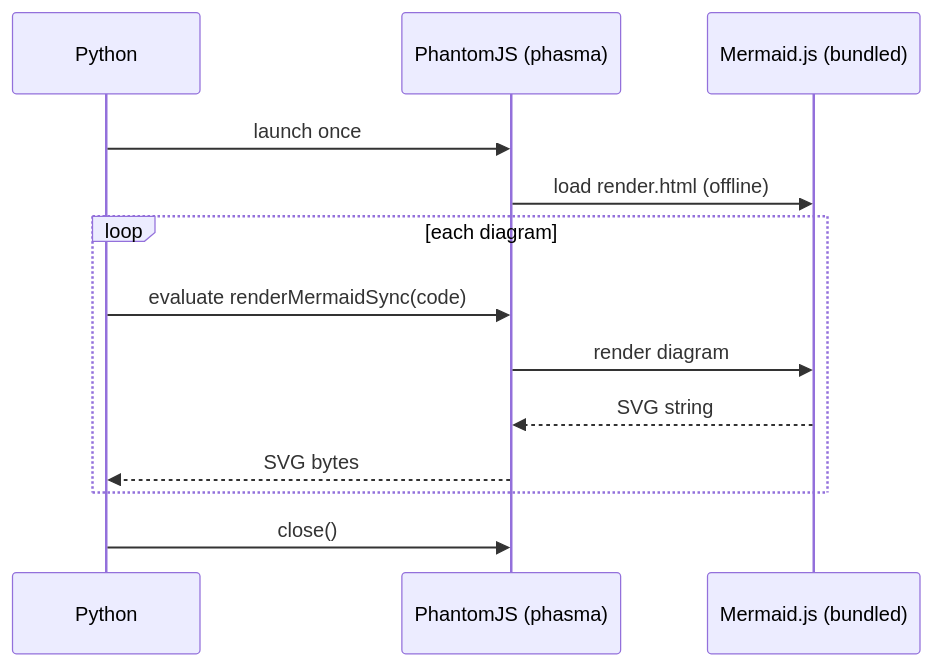
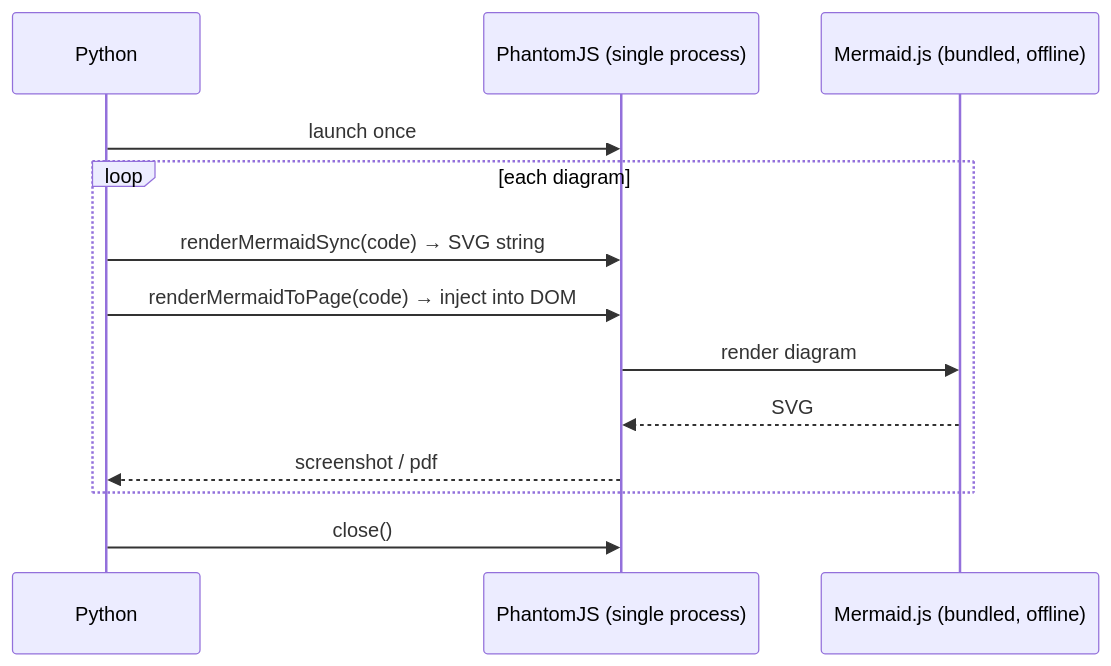
Before and after one commit to MohammadRaziei/mermaidx: the diagram in README.md, drawn with Mermaid. The commit also changed other lines of this file and 1 other file, not shown here.

````diff
--- a/README.md
+++ b/README.md
@@ -210,18 +62,18 @@
 ```mermaid
 sequenceDiagram
     participant P as Python
-    participant Ph as PhantomJS (phasma)
-    participant M as Mermaid.js (bundled)
+    participant Ph as PhantomJS (single process)
+    participant M as Mermaid.js (bundled, offline)
 
     P->>Ph: launch once
-    Ph->>M: load render.html (offline)
 
     loop each diagram
-        P->>Ph: evaluate renderMermaidSync(code)
+        P->>Ph: renderMermaidSync(code) → SVG string
+        P->>Ph: renderMermaidToPage(code) → inject into DOM
         Ph->>M: render diagram
-        M-->>Ph: SVG string
-        Ph-->>P: SVG bytes
+        M-->>Ph: SVG
+        Ph-->>P: screenshot / pdf
     end
 
     P->>Ph: close()
 ```
````
